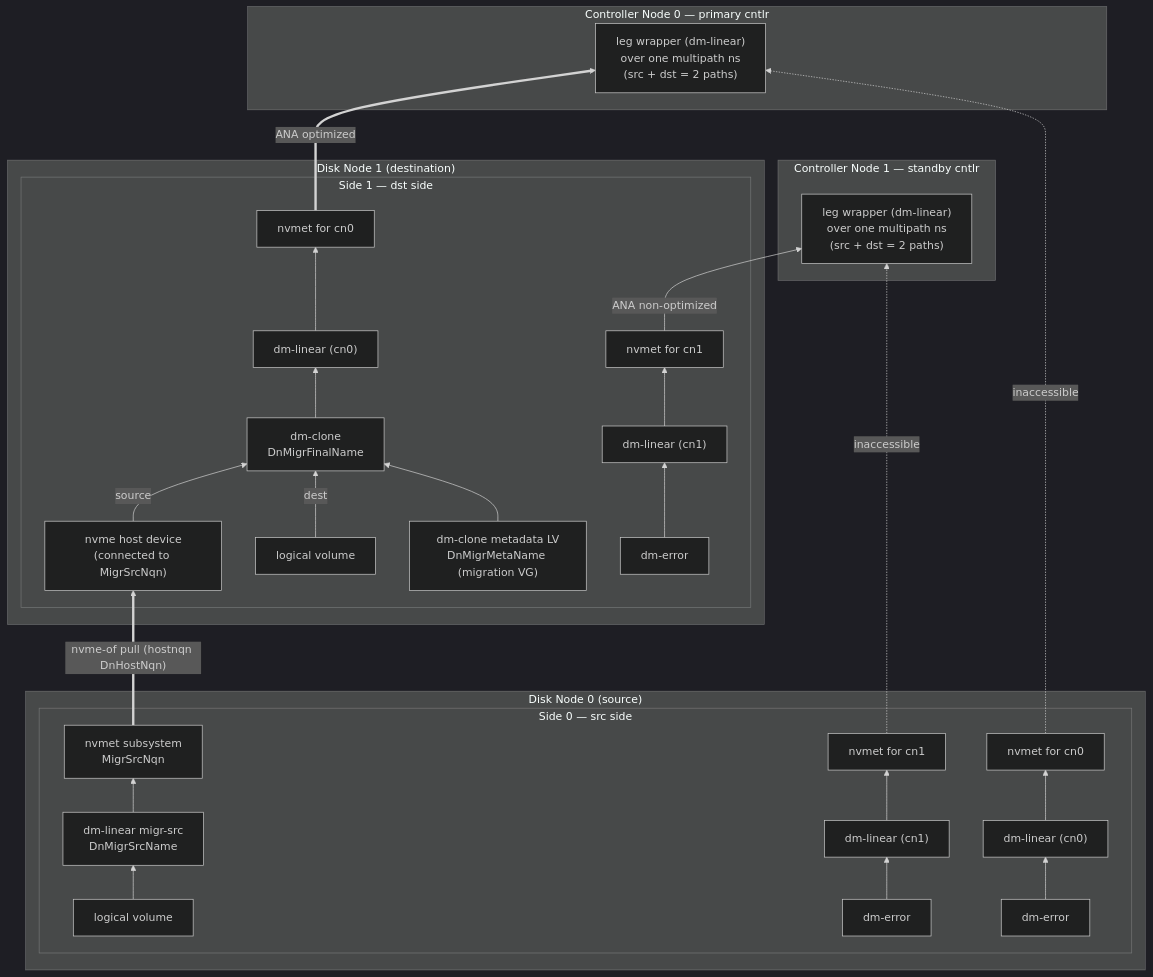
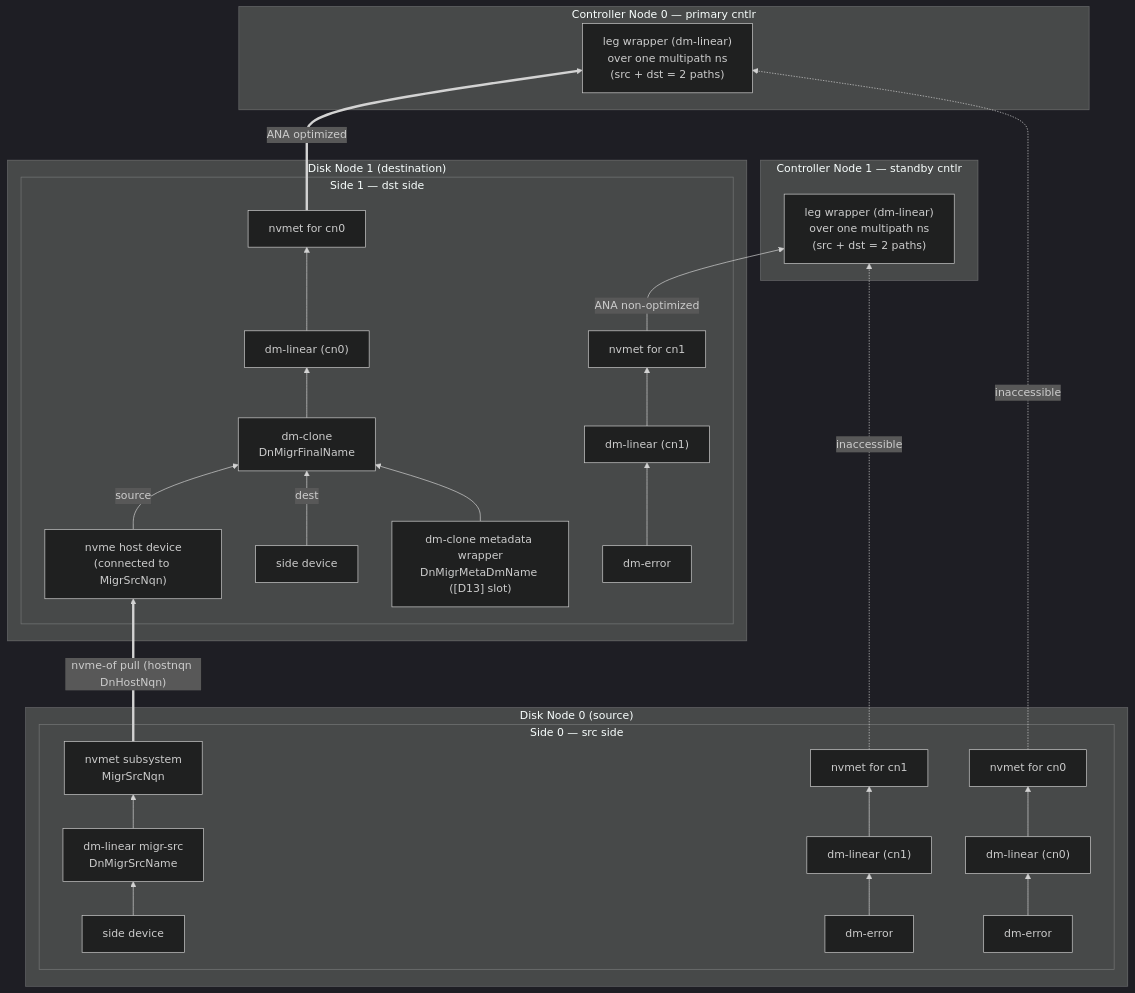
One commit to distributed-nvme/distributed-nvme changed diagram 11 of 11 in doc/architecture.md. Above: the diagram before and after it, drawn with Mermaid (dark theme). The commit also changed other lines of this file and 50 other files, not shown here.

````diff
--- a/doc/architecture.md
+++ b/doc/architecture.md
@@ -1907,53 +1943,53 @@
 ```mermaid
 flowchart BT
     subgraph cn0["Controller Node 0 — primary cntlr"]
         W0["leg wrapper (dm-linear)<br/>over one multipath ns<br/>(src + dst = 2 paths)"]
     end
     subgraph cn1["Controller Node 1 — standby cntlr"]
         W1["leg wrapper (dm-linear)<br/>over one multipath ns<br/>(src + dst = 2 paths)"]
     end
     subgraph dn0["Disk Node 0 (source)"]
         subgraph s0["Side 0 — src side"]
-            LV0["logical volume"]
+            LV0["side device"]
             MS["dm-linear migr-src<br/>DnMigrSrcName"]
             NM["nvmet subsystem<br/>MigrSrcNqn"]
             E00["dm-error"]
             L00["dm-linear (cn0)"]
             N00["nvmet for cn0"]
             E01["dm-error"]
             L01["dm-linear (cn1)"]
             N01["nvmet for cn1"]
             LV0 --> MS
             MS --> NM
             E00 --> L00
             L00 --> N00
             E01 --> L01
             L01 --> N01
         end
     end
     subgraph dn1["Disk Node 1 (destination)"]
         subgraph s1["Side 1 — dst side"]
             ND["nvme host device<br/>(connected to MigrSrcNqn)"]
-            MM["dm-clone metadata LV<br/>DnMigrMetaName (migration VG)"]
+            MM["dm-clone metadata wrapper<br/>DnMigrMetaDmName ([D13] slot)"]
             DC["dm-clone<br/>DnMigrFinalName"]
-            LV1["logical volume"]
+            LV1["side device"]
             L10["dm-linear (cn0)"]
             N10["nvmet for cn0"]
             E11["dm-error"]
             L11["dm-linear (cn1)"]
             N11["nvmet for cn1"]
             ND -->|"source"| DC
             LV1 -->|"dest"| DC
             MM --> DC
             DC --> L10
             L10 --> N10
             E11 --> L11
             L11 --> N11
         end
     end
     NM ==>|"nvme-of pull (hostnqn DnHostNqn)"| ND
     N10 ==>|"ANA optimized"| W0
     N11 -->|"ANA non-optimized"| W1
     N00 -.->|"inaccessible"| W0
     N01 -.->|"inaccessible"| W1
 ```
````
